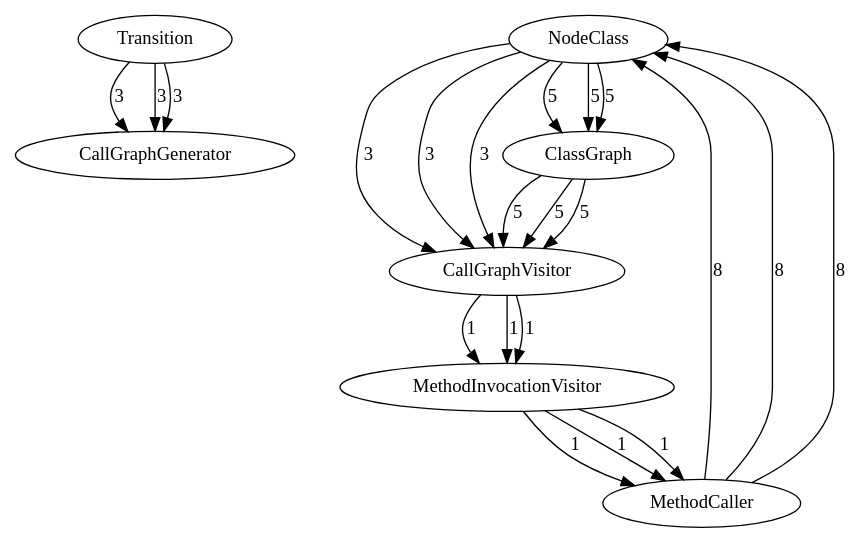
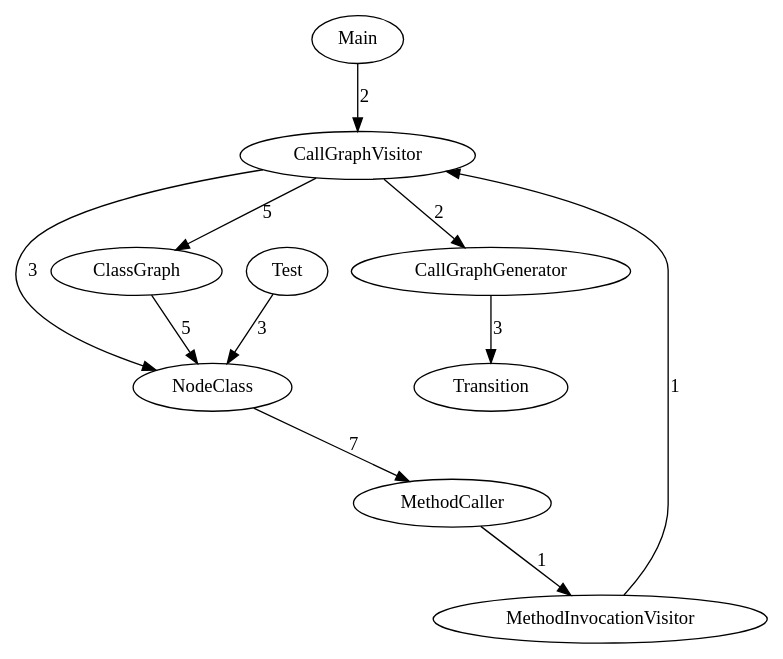
The diagram in tp3/coupling/graphGenerated.dot (hogoww/data-extraction), drawn with Graphviz before and after one commit. The commit also changed 36 other files, not shown here.

```diff
--- a/tp3/coupling/graphGenerated.dot
+++ b/tp3/coupling/graphGenerated.dot
@@ -1,24 +1,13 @@
 digraph{
-Transition -> CallGraphGenerator [label="3"];
-Transition -> CallGraphGenerator [label="3"];
-Transition -> CallGraphGenerator [label="3"];
-NodeClass -> CallGraphVisitor [label="3"];
-ClassGraph -> CallGraphVisitor [label="5"];
-NodeClass -> CallGraphVisitor [label="3"];
-ClassGraph -> CallGraphVisitor [label="5"];
-NodeClass -> CallGraphVisitor [label="3"];
-ClassGraph -> CallGraphVisitor [label="5"];
-MethodCaller -> NodeClass [label="8"];
-MethodCaller -> NodeClass [label="8"];
-MethodCaller -> NodeClass [label="8"];
-MethodInvocationVisitor -> MethodCaller [label="1"];
-MethodInvocationVisitor -> MethodCaller [label="1"];
-MethodInvocationVisitor -> MethodCaller [label="1"];
-NodeClass -> ClassGraph [label="5"];
-NodeClass -> ClassGraph [label="5"];
-NodeClass -> ClassGraph [label="5"];
-CallGraphVisitor -> MethodInvocationVisitor [label="1"];
-CallGraphVisitor -> MethodInvocationVisitor [label="1"];
-CallGraphVisitor -> MethodInvocationVisitor [label="1"];
+Main -> CallGraphVisitor [label="2"];
+MethodCaller -> MethodInvocationVisitor [label="1"];
+Test -> NodeClass [label="3"];
+CallGraphVisitor -> ClassGraph [label="5"];
+CallGraphVisitor -> NodeClass [label="3"];
+ClassGraph -> NodeClass [label="5"];
+MethodInvocationVisitor -> CallGraphVisitor [label="1"];
+CallGraphVisitor -> CallGraphGenerator [label="2"];
+NodeClass -> MethodCaller [label="7"];
+CallGraphGenerator -> Transition [label="3"];
 
  }
```
